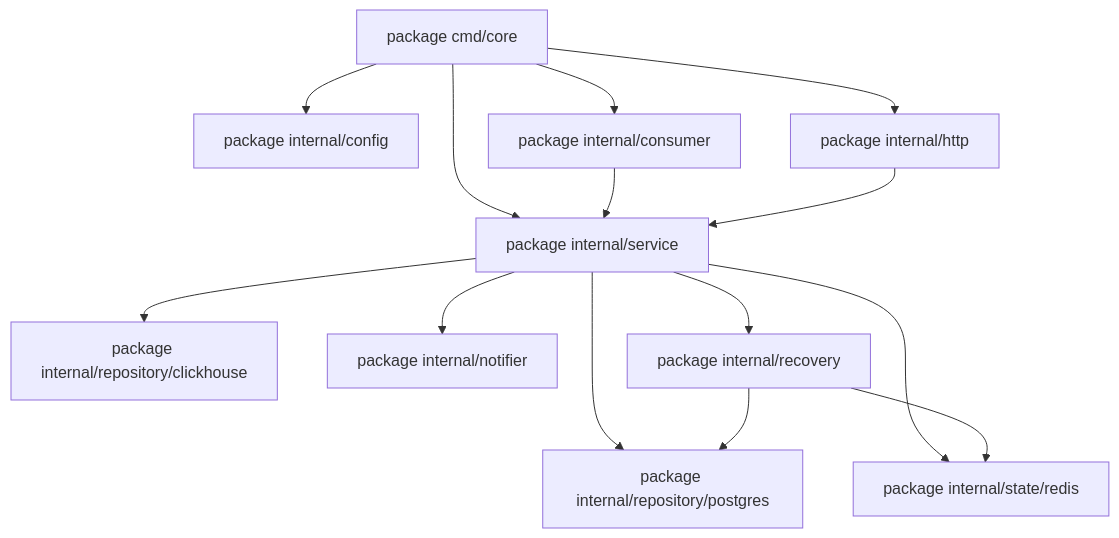
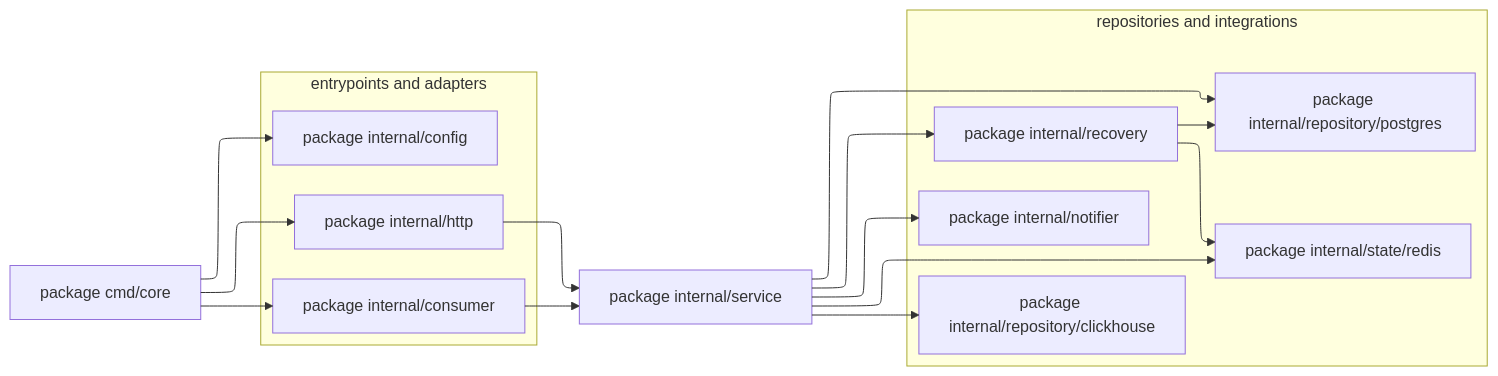
Before and after one commit to MTXIK/container-monitoring: the eighth of 24 diagrams in docs/uml-diagrams.md, drawn with Mermaid. The commit also changed other lines of this file, not shown here.

Commit message:
update diagrams

````diff
--- a/docs/uml-diagrams.md
+++ b/docs/uml-diagrams.md
@@ -214,27 +254,36 @@
 ```mermaid
-flowchart TB
+%%{init: {"flowchart": {"defaultRenderer": "elk"}} }%%
+flowchart LR
     Cmd["package cmd/core"]
-    Config["package internal/config"]
-    Consumer["package internal/consumer"]
+
+    subgraph Entry["entrypoints and adapters"]
+        direction TB
+        Config["package internal/config"]
+        Consumer["package internal/consumer"]
+        HTTP["package internal/http"]
+    end
+
     Service["package internal/service"]
-    Postgres["package internal/repository/postgres"]
-    ClickHouse["package internal/repository/clickhouse"]
-    Redis["package internal/state/redis"]
-    Notifier["package internal/notifier"]
-    Recovery["package internal/recovery"]
-    HTTP["package internal/http"]
+
+    subgraph Integrations["repositories and integrations"]
+        direction TB
+        Postgres["package internal/repository/postgres"]
+        ClickHouse["package internal/repository/clickhouse"]
+        Redis["package internal/state/redis"]
+        Notifier["package internal/notifier"]
+        Recovery["package internal/recovery"]
+    end
 
     Cmd --> Config
     Cmd --> Consumer
-    Cmd --> Service
     Cmd --> HTTP
     Consumer --> Service
     HTTP --> Service
     Service --> Postgres
     Service --> ClickHouse
     Service --> Redis
     Service --> Notifier
     Service --> Recovery
     Recovery --> Redis
     Recovery --> Postgres
 ```
````
